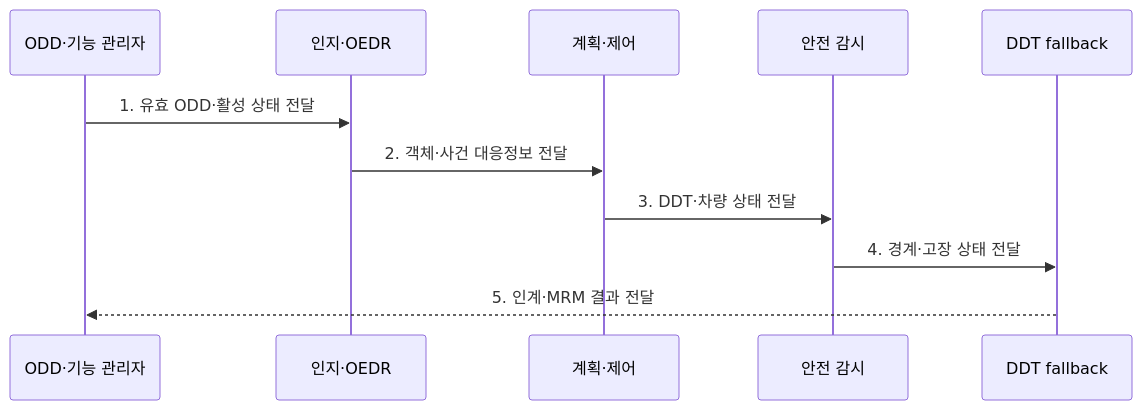
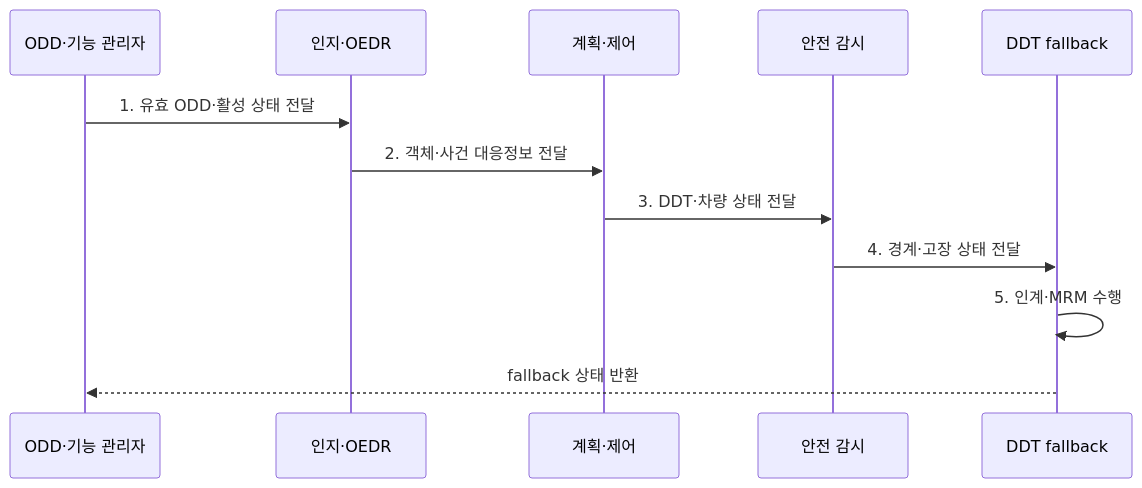
One commit to agnusdei1207/knowledge-base changed the second of 2 diagrams in src/content/docs/notes/08-latest-tech/209_ads_automated_driving_system.md. Above: the diagram before and after it, drawn with Mermaid. The commit also changed other lines of this file and 7 other files, not shown here.

````diff
--- a/src/content/docs/notes/08-latest-tech/209_ads_automated_driving_system.md
+++ b/src/content/docs/notes/08-latest-tech/209_ads_automated_driving_system.md
@@ -77,13 +77,14 @@
 ```mermaid
 sequenceDiagram
     participant O as ODD·기능 관리자
     participant P as 인지·OEDR
     participant C as 계획·제어
     participant S as 안전 감시
     participant F as DDT fallback
     O->>P: 1. 유효 ODD·활성 상태 전달
     P->>C: 2. 객체·사건 대응정보 전달
     C->>S: 3. DDT·차량 상태 전달
     S->>F: 4. 경계·고장 상태 전달
-    F-->>O: 5. 인계·MRM 결과 전달
+    F->>F: 5. 인계·MRM 수행
+    F-->>O: fallback 상태 반환
 ```
````
